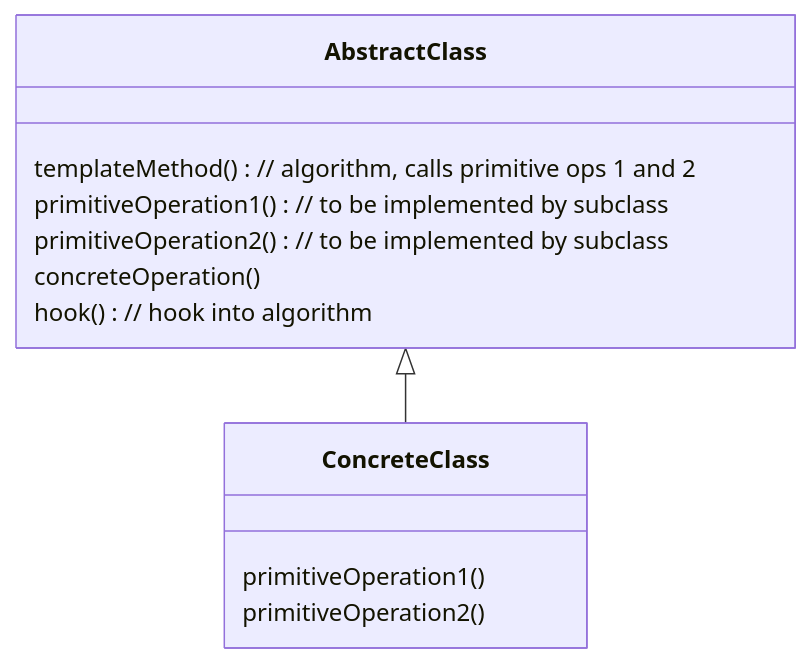
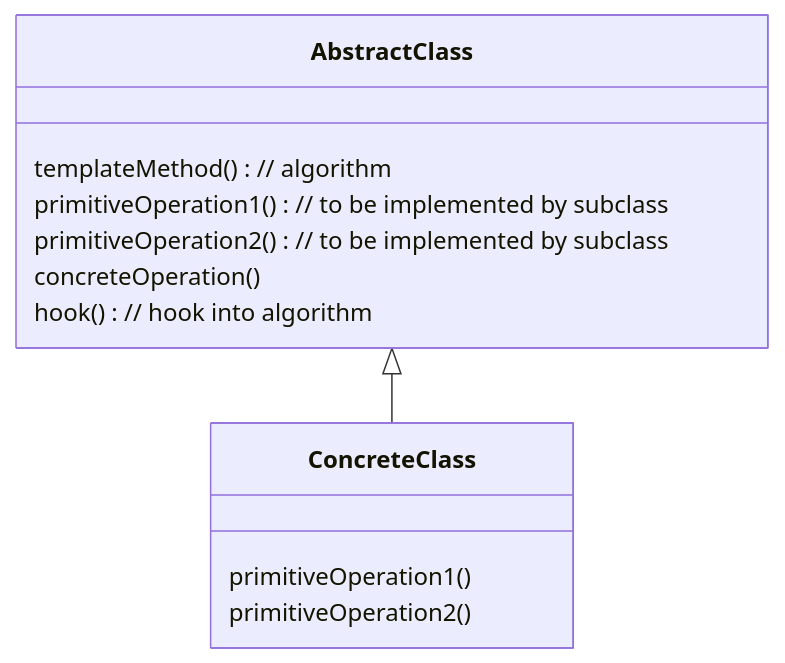
The diagram in Theory/TemplatePattern.md (akormous/design-patterns), drawn with Mermaid before and after one commit.

````diff
--- a/Theory/TemplatePattern.md
+++ b/Theory/TemplatePattern.md
@@ -12,20 +12,20 @@
 ```mermaid
 classDiagram
 
 class AbstractClass {
-    templateMethod() // algorithm, calls primitive ops 1 and 2
+    templateMethod() // algorithm
     
     primitiveOperation1() // to be implemented by subclass
     primitiveOperation2() // to be implemented by subclass
     concreteOperation() 
     hook() // hook into algorithm
 }
 
 class ConcreteClass {
     primitiveOperation1()
     primitiveOperation2()
 }
 
 AbstractClass <|-- ConcreteClass
 
 ```
````
